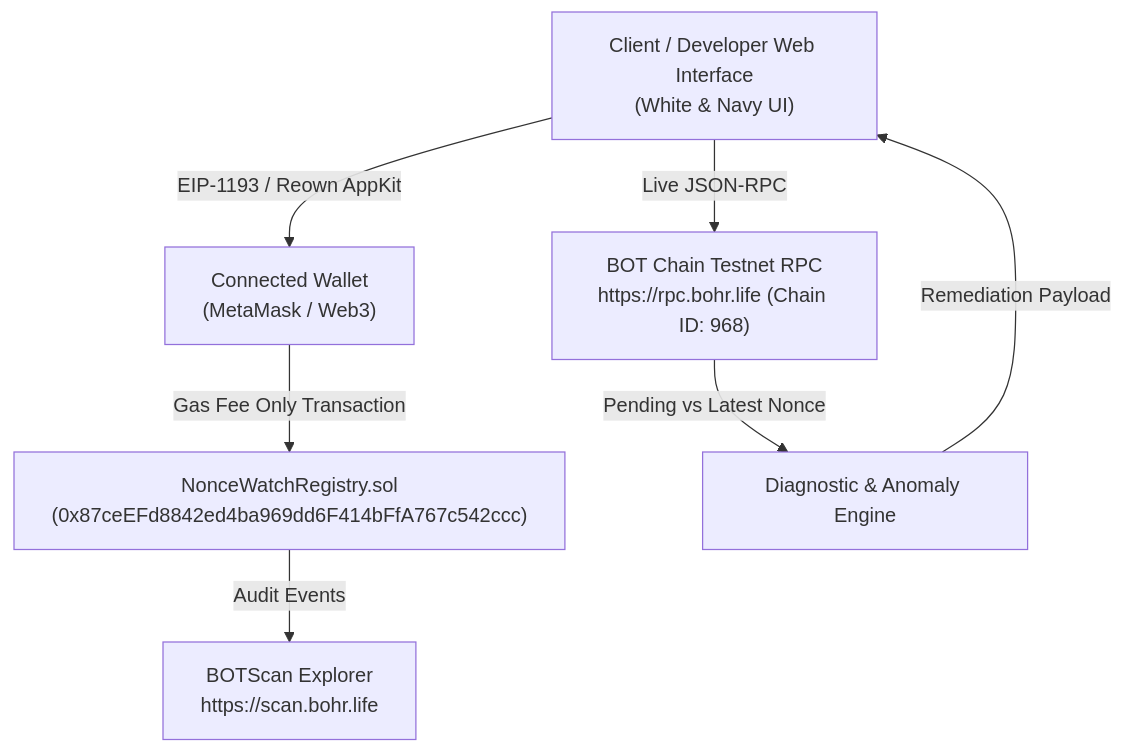
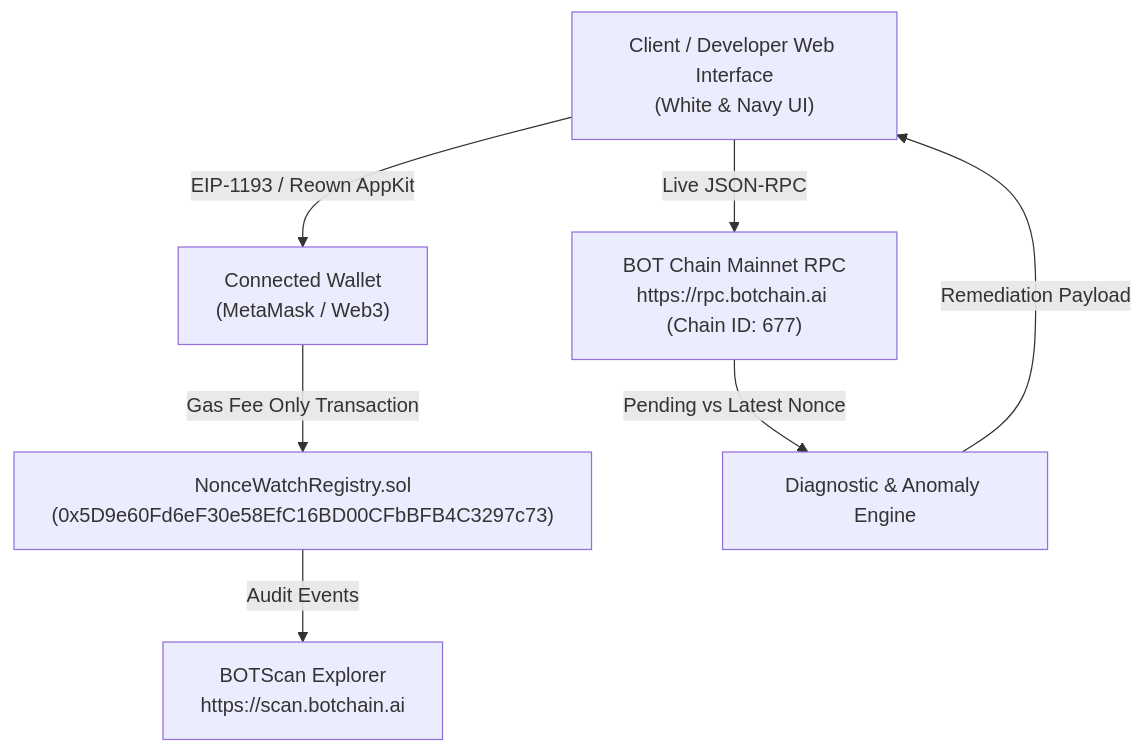
Before and after one commit to webtrovert0x/noncewatch: the diagram in WHITEPAPER.md, drawn with Mermaid. The commit also changed other lines of this file and 27 other files, not shown here.

````diff
--- a/WHITEPAPER.md
+++ b/WHITEPAPER.md
@@ -90,9 +90,9 @@
 ```mermaid
 flowchart TD
     Client["Client / Developer Web Interface\n(White & Navy UI)"] -->|EIP-1193 / Reown AppKit| Wallet["Connected Wallet\n(MetaMask / Web3)"]
-    Client -->|Live JSON-RPC| RPC["BOT Chain Testnet RPC\nhttps://rpc.bohr.life (Chain ID: 968)"]
-    Wallet -->|Gas Fee Only Transaction| Contract["NonceWatchRegistry.sol\n(0x87ceEFd8842ed4ba969dd6F414bFfA767c542ccc)"]
-    Contract -->|Audit Events| Explorer["BOTScan Explorer\nhttps://scan.bohr.life"]
+    Client -->|Live JSON-RPC| RPC["BOT Chain Mainnet RPC\nhttps://rpc.botchain.ai (Chain ID: 677)"]
+    Wallet -->|Gas Fee Only Transaction| Contract["NonceWatchRegistry.sol\n(0x5D9e60Fd6eF30e58EfC16BD00CFbBFB4C3297c73)"]
+    Contract -->|Audit Events| Explorer["BOTScan Explorer\nhttps://scan.botchain.ai"]
     RPC -->|Pending vs Latest Nonce| DiagnosticEngine["Diagnostic & Anomaly Engine"]
     DiagnosticEngine -->|Remediation Payload| Client
 ```
````
